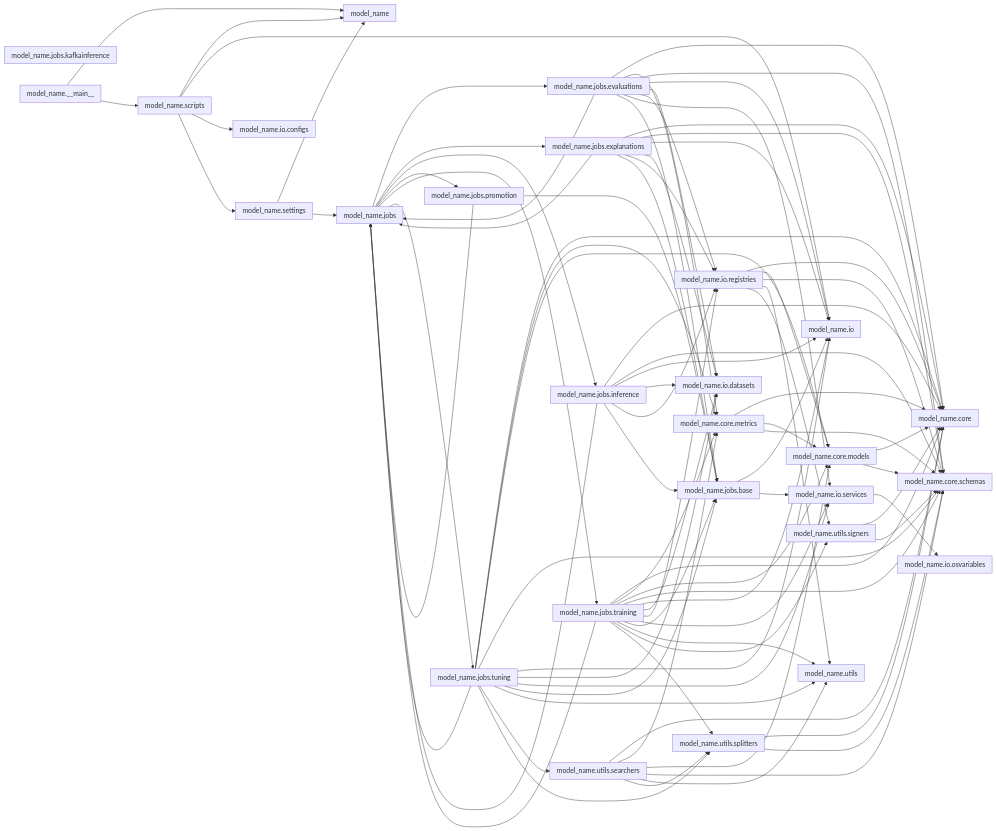
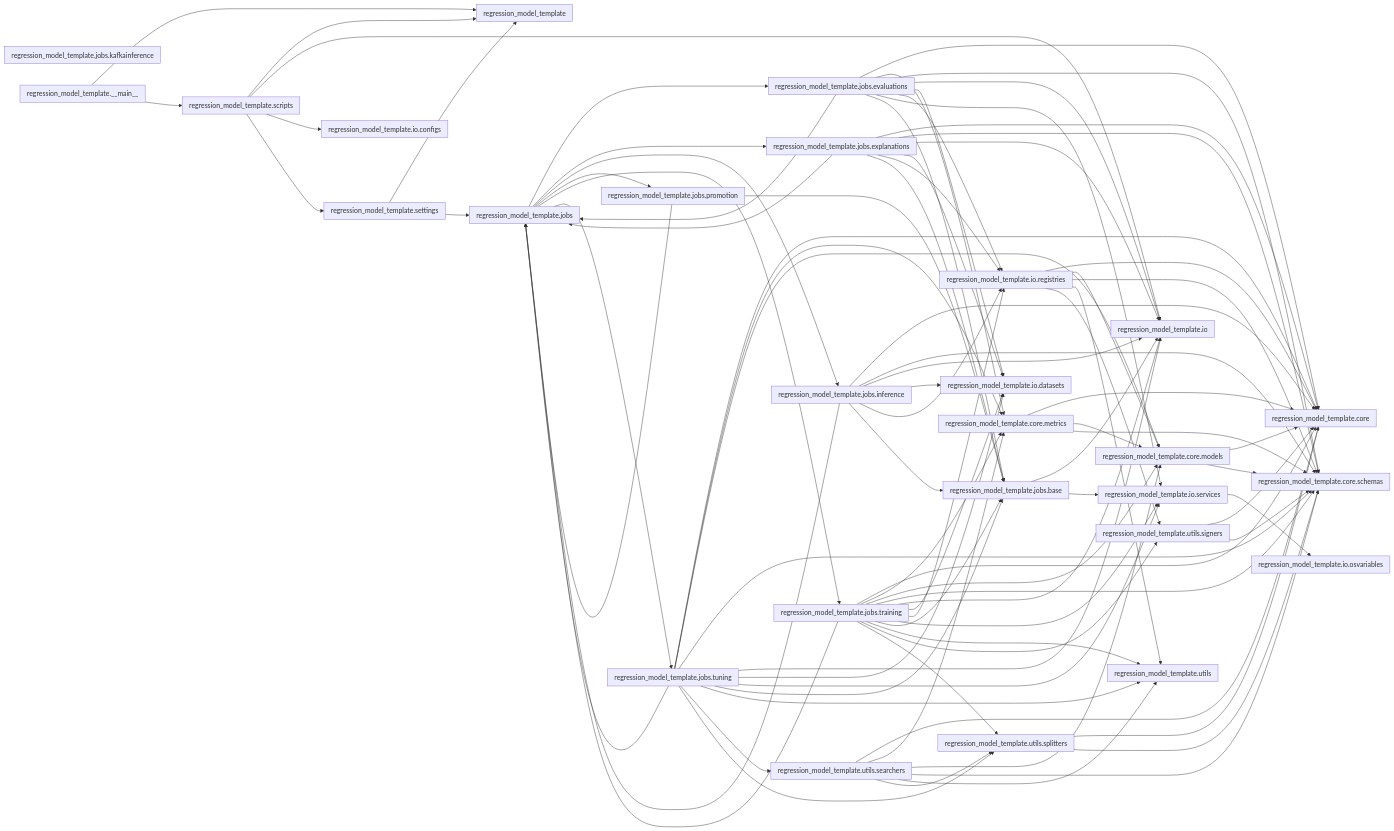
Before and after one commit to fmind/mlops-python-package: the diagram in Documents/backlog_mlops_regresion.md, drawn with Mermaid. The commit also changed 85 other files, not shown here.

Commit message:
modifed name to regression

````diff
--- a/Documents/backlog_mlops_regresion.md
+++ b/Documents/backlog_mlops_regresion.md
@@ -77,146 +77,146 @@
 ```mermaid
 graph LR
-    subgraph model_name
+    subgraph regression_model_template
     end
-    subgraph model_name.__main__
+    subgraph regression_model_template.__main__
     end
-    subgraph model_name.core
+    subgraph regression_model_template.core
     end
-    subgraph model_name.core.metrics
+    subgraph regression_model_template.core.metrics
     end
-    subgraph model_name.core.models
+    subgraph regression_model_template.core.models
     end
-    subgraph model_name.core.schemas
+    subgraph regression_model_template.core.schemas
     end
-    subgraph model_name.io
+    subgraph regression_model_template.io
     end
-    subgraph model_name.io.configs
+    subgraph regression_model_template.io.configs
     end
-    subgraph model_name.io.datasets
+    subgraph regression_model_template.io.datasets
     end
-    subgraph model_name.io.osvariables
+    subgraph regression_model_template.io.osvariables
     end
-    subgraph model_name.io.registries
+    subgraph regression_model_template.io.registries
     end
-    subgraph model_name.io.services
+    subgraph regression_model_template.io.services
     end
-    subgraph model_name.jobs
+    subgraph regression_model_template.jobs
     end
-    subgraph model_name.jobs.base
+    subgraph regression_model_template.jobs.base
     end
-    subgraph model_name.jobs.evaluations
+    subgraph regression_model_template.jobs.evaluations
     end
-    subgraph model_name.jobs.explanations
+    subgraph regression_model_template.jobs.explanations
     end
-    subgraph model_name.jobs.inference
+    subgraph regression_model_template.jobs.inference
     end
-    subgraph model_name.jobs.kafkainference
+    subgraph regression_model_template.jobs.kafkainference
     end
-    subgraph model_name.jobs.promotion
+    subgraph regression_model_template.jobs.promotion
     end
-    subgraph model_name.jobs.training
+    subgraph regression_model_template.jobs.training
     end
-    subgraph model_name.jobs.tuning
+    subgraph regression_model_template.jobs.tuning
     end
-    subgraph model_name.scripts
+    subgraph regression_model_template.scripts
     end
-    subgraph model_name.settings
+    subgraph regression_model_template.settings
     end
-    subgraph model_name.utils
+    subgraph regression_model_template.utils
     end
-    subgraph model_name.utils.searchers
+    subgraph regression_model_template.utils.searchers
     end
-    subgraph model_name.utils.signers
+    subgraph regression_model_template.utils.signers
     end
-    subgraph model_name.utils.splitters
+    subgraph regression_model_template.utils.splitters
     end
 
-    model_name.__main__ --> model_name
-    model_name.__main__ --> model_name.scripts
-    model_name.core.metrics --> model_name.core
-    model_name.core.metrics --> model_name.core.models
-    model_name.core.metrics --> model_name.core.schemas
-    model_name.core.models --> model_name.core
-    model_name.core.models --> model_name.core.schemas
-    model_name.io.registries --> model_name.core
-    model_name.io.registries --> model_name.core.models
-    model_name.io.registries --> model_name.core.schemas
-    model_name.io.registries --> model_name.utils
-    model_name.io.registries --> model_name.utils.signers
-    model_name.io.services --> model_name.io.osvariables
-    model_name.jobs --> model_name.jobs.evaluations
-    model_name.jobs --> model_name.jobs.explanations
-    model_name.jobs --> model_name.jobs.inference
-    model_name.jobs --> model_name.jobs.promotion
-    model_name.jobs --> model_name.jobs.training
-    model_name.jobs --> model_name.jobs.tuning
-    model_name.jobs.base --> model_name.io
-    model_name.jobs.base --> model_name.io.services
-    model_name.jobs.evaluations --> model_name.core
-    model_name.jobs.evaluations --> model_name.core.metrics
-    model_name.jobs.evaluations --> model_name.core.schemas
-    model_name.jobs.evaluations --> model_name.io
-    model_name.jobs.evaluations --> model_name.io.datasets
-    model_name.jobs.evaluations --> model_name.io.registries
-    model_name.jobs.evaluations --> model_name.io.services
-    model_name.jobs.evaluations --> model_name.jobs
-    model_name.jobs.evaluations --> model_name.jobs.base
-    model_name.jobs.explanations --> model_name.core
-    model_name.jobs.explanations --> model_name.core.schemas
-    model_name.jobs.explanations --> model_name.io
-    model_name.jobs.explanations --> model_name.io.datasets
-    model_name.jobs.explanations --> model_name.io.registries
-    model_name.jobs.explanations --> model_name.jobs
-    model_name.jobs.explanations --> model_name.jobs.base
-    model_name.jobs.inference --> model_name.core
-    model_name.jobs.inference --> model_name.core.schemas
-    model_name.jobs.inference --> model_name.io
-    model_name.jobs.inference --> model_name.io.datasets
-    model_name.jobs.inference --> model_name.io.registries
-    model_name.jobs.inference --> model_name.jobs
-    model_name.jobs.inference --> model_name.jobs.base
-    model_name.jobs.promotion --> model_name.jobs
-    model_name.jobs.promotion --> model_name.jobs.base
-    model_name.jobs.training --> model_name.core
-    model_name.jobs.training --> model_name.core.metrics
-    model_name.jobs.training --> model_name.core.models
-    model_name.jobs.training --> model_name.core.schemas
-    model_name.jobs.training --> model_name.io
-    model_name.jobs.training --> model_name.io.datasets
-    model_name.jobs.training --> model_name.io.registries
-    model_name.jobs.training --> model_name.io.services
-    model_name.jobs.training --> model_name.jobs
-    model_name.jobs.training --> model_name.jobs.base
-    model_name.jobs.training --> model_name.utils
-    model_name.jobs.training --> model_name.utils.signers
-    model_name.jobs.training --> model_name.utils.splitters
-    model_name.jobs.tuning --> model_name.core
-    model_name.jobs.tuning --> model_name.core.metrics
-    model_name.jobs.tuning --> model_name.core.models
-    model_name.jobs.tuning --> model_name.core.schemas
-    model_name.jobs.tuning --> model_name.io
-    model_name.jobs.tuning --> model_name.io.datasets
-    model_name.jobs.tuning --> model_name.io.services
-    model_name.jobs.tuning --> model_name.jobs
-    model_name.jobs.tuning --> model_name.jobs.base
-    model_name.jobs.tuning --> model_name.utils
-    model_name.jobs.tuning --> model_name.utils.searchers
-    model_name.jobs.tuning --> model_name.utils.splitters
-    model_name.scripts --> model_name
-    model_name.scripts --> model_name.io
-    model_name.scripts --> model_name.io.configs
-    model_name.scripts --> model_name.settings
-    model_name.settings --> model_name
-    model_name.settings --> model_name.jobs
-    model_name.utils.searchers --> model_name.core
-    model_name.utils.searchers --> model_name.core.metrics
-    model_name.utils.searchers --> model_name.core.models
-    model_name.utils.searchers --> model_name.core.schemas
-    model_name.utils.searchers --> model_name.utils
-    model_name.utils.searchers --> model_name.utils.splitters
-    model_name.utils.signers --> model_name.core
-    model_name.utils.signers --> model_name.core.schemas
-    model_name.utils.splitters --> model_name.core
-    model_name.utils.splitters --> model_name.core.schemas
+    regression_model_template.__main__ --> regression_model_template
+    regression_model_template.__main__ --> regression_model_template.scripts
+    regression_model_template.core.metrics --> regression_model_template.core
+    regression_model_template.core.metrics --> regression_model_template.core.models
+    regression_model_template.core.metrics --> regression_model_template.core.schemas
+    regression_model_template.core.models --> regression_model_template.core
+    regression_model_template.core.models --> regression_model_template.core.schemas
+    regression_model_template.io.registries --> regression_model_template.core
+    regression_model_template.io.registries --> regression_model_template.core.models
+    regression_model_template.io.registries --> regression_model_template.core.schemas
+    regression_model_template.io.registries --> regression_model_template.utils
+    regression_model_template.io.registries --> regression_model_template.utils.signers
+    regression_model_template.io.services --> regression_model_template.io.osvariables
+    regression_model_template.jobs --> regression_model_template.jobs.evaluations
+    regression_model_template.jobs --> regression_model_template.jobs.explanations
+    regression_model_template.jobs --> regression_model_template.jobs.inference
+    regression_model_template.jobs --> regression_model_template.jobs.promotion
+    regression_model_template.jobs --> regression_model_template.jobs.training
+    regression_model_template.jobs --> regression_model_template.jobs.tuning
+    regression_model_template.jobs.base --> regression_model_template.io
+    regression_model_template.jobs.base --> regression_model_template.io.services
+    regression_model_template.jobs.evaluations --> regression_model_template.core
+    regression_model_template.jobs.evaluations --> regression_model_template.core.metrics
+    regression_model_template.jobs.evaluations --> regression_model_template.core.schemas
+    regression_model_template.jobs.evaluations --> regression_model_template.io
+    regression_model_template.jobs.evaluations --> regression_model_template.io.datasets
+    regression_model_template.jobs.evaluations --> regression_model_template.io.registries
+    regression_model_template.jobs.evaluations --> regression_model_template.io.services
+    regression_model_template.jobs.evaluations --> regression_model_template.jobs
+    regression_model_template.jobs.evaluations --> regression_model_template.jobs.base
+    regression_model_template.jobs.explanations --> regression_model_template.core
+    regression_model_template.jobs.explanations --> regression_model_template.core.schemas
+    regression_model_template.jobs.explanations --> regression_model_template.io
+    regression_model_template.jobs.explanations --> regression_model_template.io.datasets
+    regression_model_template.jobs.explanations --> regression_model_template.io.registries
+    regression_model_template.jobs.explanations --> regression_model_template.jobs
+    regression_model_template.jobs.explanations --> regression_model_template.jobs.base
+    regression_model_template.jobs.inference --> regression_model_template.core
+    regression_model_template.jobs.inference --> regression_model_template.core.schemas
+    regression_model_template.jobs.inference --> regression_model_template.io
+    regression_model_template.jobs.inference --> regression_model_template.io.datasets
+    regression_model_template.jobs.inference --> regression_model_template.io.registries
+    regression_model_template.jobs.inference --> regression_model_template.jobs
+    regression_model_template.jobs.inference --> regression_model_template.jobs.base
+    regression_model_template.jobs.promotion --> regression_model_template.jobs
+    regression_model_template.jobs.promotion --> regression_model_template.jobs.base
+    regression_model_template.jobs.training --> regression_model_template.core
+    regression_model_template.jobs.training --> regression_model_template.core.metrics
+    regression_model_template.jobs.training --> regression_model_template.core.models
+    regression_model_template.jobs.training --> regression_model_template.core.schemas
+    regression_model_template.jobs.training --> regression_model_template.io
+    regression_model_template.jobs.training --> regression_model_template.io.datasets
+    regression_model_template.jobs.training --> regression_model_template.io.registries
+    regression_model_template.jobs.training --> regression_model_template.io.services
+    regression_model_template.jobs.training --> regression_model_template.jobs
+    regression_model_template.jobs.training --> regression_model_template.jobs.base
+    regression_model_template.jobs.training --> regression_model_template.utils
+    regression_model_template.jobs.training --> regression_model_template.utils.signers
+    regression_model_template.jobs.training --> regression_model_template.utils.splitters
+    regression_model_template.jobs.tuning --> regression_model_template.core
+    regression_model_template.jobs.tuning --> regression_model_template.core.metrics
+    regression_model_template.jobs.tuning --> regression_model_template.core.models
+    regression_model_template.jobs.tuning --> regression_model_template.core.schemas
+    regression_model_template.jobs.tuning --> regression_model_template.io
+    regression_model_template.jobs.tuning --> regression_model_template.io.datasets
+    regression_model_template.jobs.tuning --> regression_model_template.io.services
+    regression_model_template.jobs.tuning --> regression_model_template.jobs
+    regression_model_template.jobs.tuning --> regression_model_template.jobs.base
+    regression_model_template.jobs.tuning --> regression_model_template.utils
+    regression_model_template.jobs.tuning --> regression_model_template.utils.searchers
+    regression_model_template.jobs.tuning --> regression_model_template.utils.splitters
+    regression_model_template.scripts --> regression_model_template
+    regression_model_template.scripts --> regression_model_template.io
+    regression_model_template.scripts --> regression_model_template.io.configs
+    regression_model_template.scripts --> regression_model_template.settings
+    regression_model_template.settings --> regression_model_template
+    regression_model_template.settings --> regression_model_template.jobs
+    regression_model_template.utils.searchers --> regression_model_template.core
+    regression_model_template.utils.searchers --> regression_model_template.core.metrics
+    regression_model_template.utils.searchers --> regression_model_template.core.models
+    regression_model_template.utils.searchers --> regression_model_template.core.schemas
+    regression_model_template.utils.searchers --> regression_model_template.utils
+    regression_model_template.utils.searchers --> regression_model_template.utils.splitters
+    regression_model_template.utils.signers --> regression_model_template.core
+    regression_model_template.utils.signers --> regression_model_template.core.schemas
+    regression_model_template.utils.splitters --> regression_model_template.core
+    regression_model_template.utils.splitters --> regression_model_template.core.schemas
 
 ```
````
